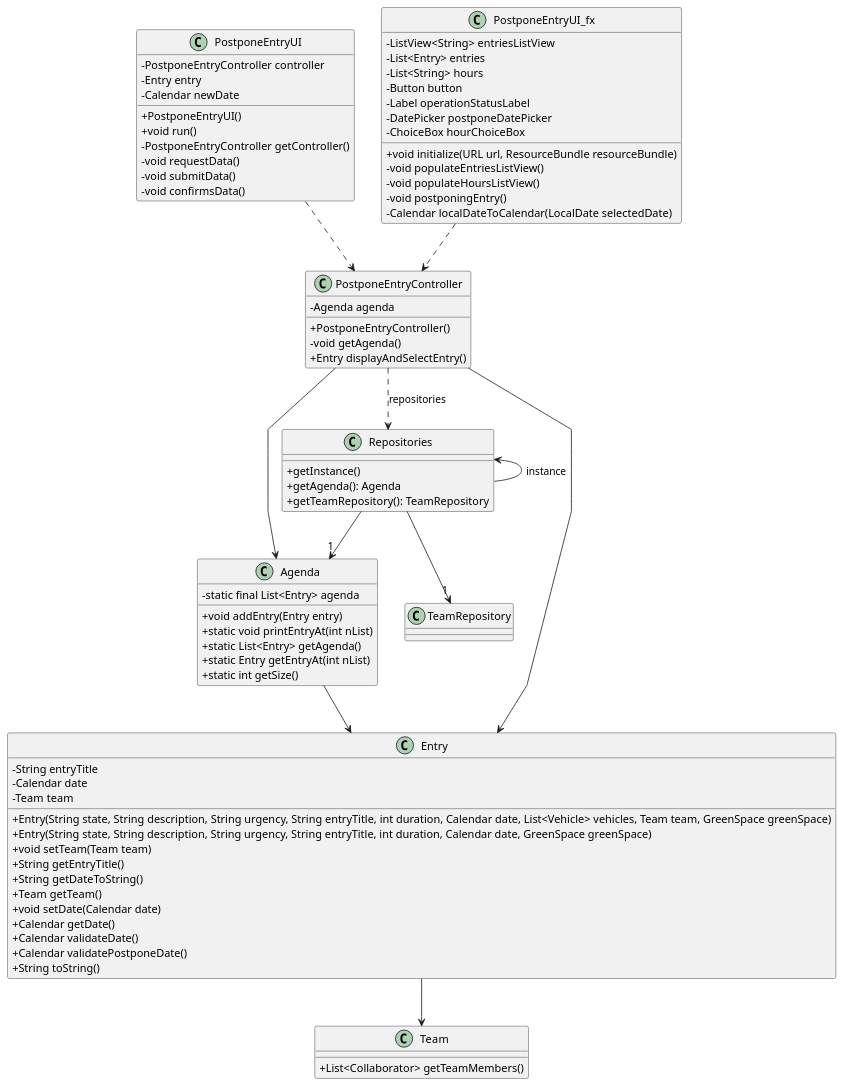
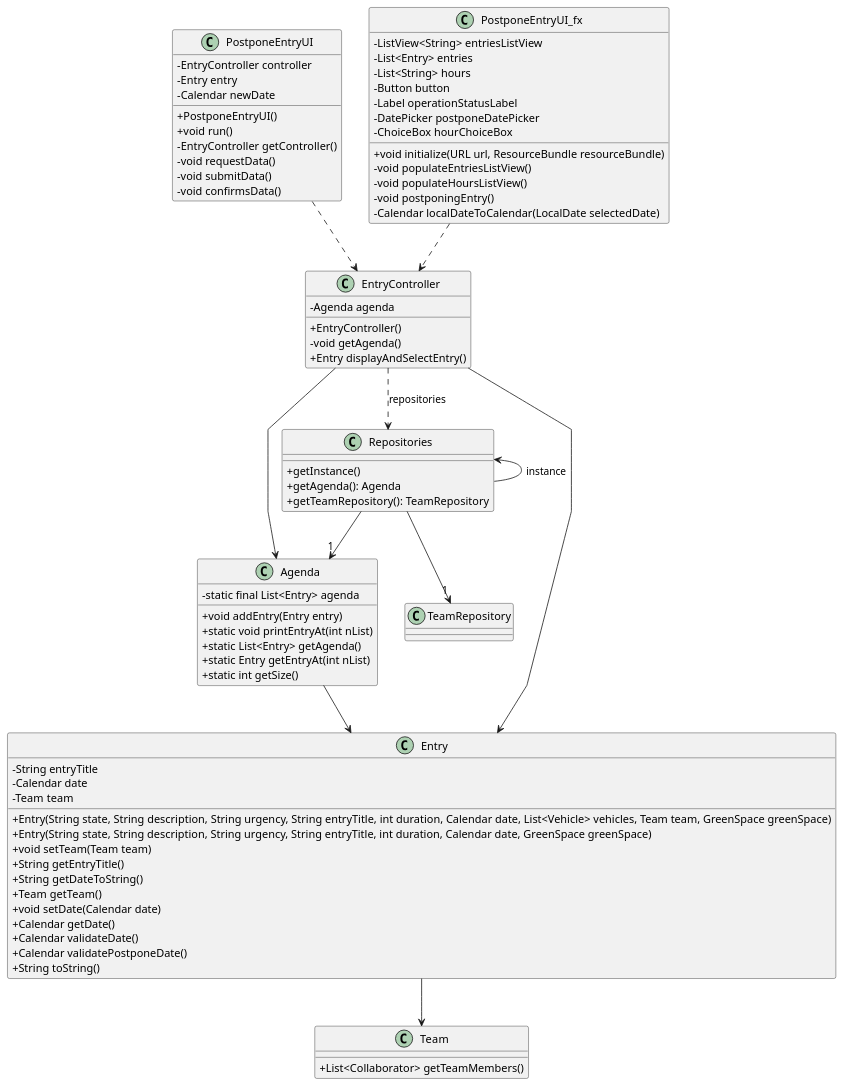
Before and after one commit to RicardoMorim/lapr2-ISEP-Project: the diagram in docs/sprintC/us024/03.design/puml/us024-class-diagram.puml, drawn with PlantUML. The commit also changed 3 other files, not shown here.

```diff
--- a/docs/sprintC/us024/03.design/puml/us024-class-diagram.puml
+++ b/docs/sprintC/us024/03.design/puml/us024-class-diagram.puml
@@ -1,93 +1,93 @@
 @startuml
 'skinparam monochrome true
 skinparam packageStyle rectangle
 skinparam shadowing false
 skinparam linetype polyline
 'skinparam linetype orto
 skinparam classAttributeIconSize 0
 'left to right direction
 
 
-PostponeEntryController --> Agenda
-PostponeEntryController ..> Repositories : repositories
-PostponeEntryController --> Entry
+EntryController --> Agenda
+EntryController ..> Repositories : repositories
+EntryController --> Entry
 Entry --> Team
-PostponeEntryUI ..> PostponeEntryController
+PostponeEntryUI ..> EntryController
 Repositories --> "1" Agenda
 Repositories --> "1" TeamRepository
 Repositories <-- Repositories : instance
-PostponeEntryUI_fx ..> PostponeEntryController
+PostponeEntryUI_fx ..> EntryController
 Agenda --> Entry
 
-  class PostponeEntryController {
+  class EntryController {
         -Agenda agenda
-        +PostponeEntryController()
+        +EntryController()
         -void getAgenda()
         +Entry displayAndSelectEntry()
     }
 
 
     class Entry {
         -String entryTitle
         -Calendar date
         -Team team
         +Entry(String state, String description, String urgency, String entryTitle, int duration, Calendar date, List<Vehicle> vehicles, Team team, GreenSpace greenSpace)
         +Entry(String state, String description, String urgency, String entryTitle, int duration, Calendar date, GreenSpace greenSpace)
         +void setTeam(Team team)
         +String getEntryTitle()
         +String getDateToString()
         +Team getTeam()
         +void setDate(Calendar date)
         +Calendar getDate()
         +Calendar validateDate()
         +Calendar validatePostponeDate()
         +String toString()
     }
 
     class Team {
         +List<Collaborator> getTeamMembers()
     }
 
 
     class Agenda {
         -static final List<Entry> agenda
         +void addEntry(Entry entry)
         +static void printEntryAt(int nList)
         +static List<Entry> getAgenda()
         +static Entry getEntryAt(int nList)
         +static int getSize()
     }
 
     class PostponeEntryUI {
-        -PostponeEntryController controller
+        -EntryController controller
         -Entry entry
         -Calendar newDate
         +PostponeEntryUI()
         +void run()
-        -PostponeEntryController getController()
+        -EntryController getController()
         -void requestData()
         -void submitData()
         -void confirmsData()
     }
 
     class PostponeEntryUI_fx {
         -ListView<String> entriesListView
         -List<Entry> entries
         -List<String> hours
         -Button button
         -Label operationStatusLabel
         -DatePicker postponeDatePicker
         -ChoiceBox hourChoiceBox
         +void initialize(URL url, ResourceBundle resourceBundle)
         -void populateEntriesListView()
         -void populateHoursListView()
         -void postponingEntry()
         -Calendar localDateToCalendar(LocalDate selectedDate)
     }
 
 class Repositories{
     +getInstance()
     + getAgenda(): Agenda
     + getTeamRepository(): TeamRepository
     }
 @enduml
```
